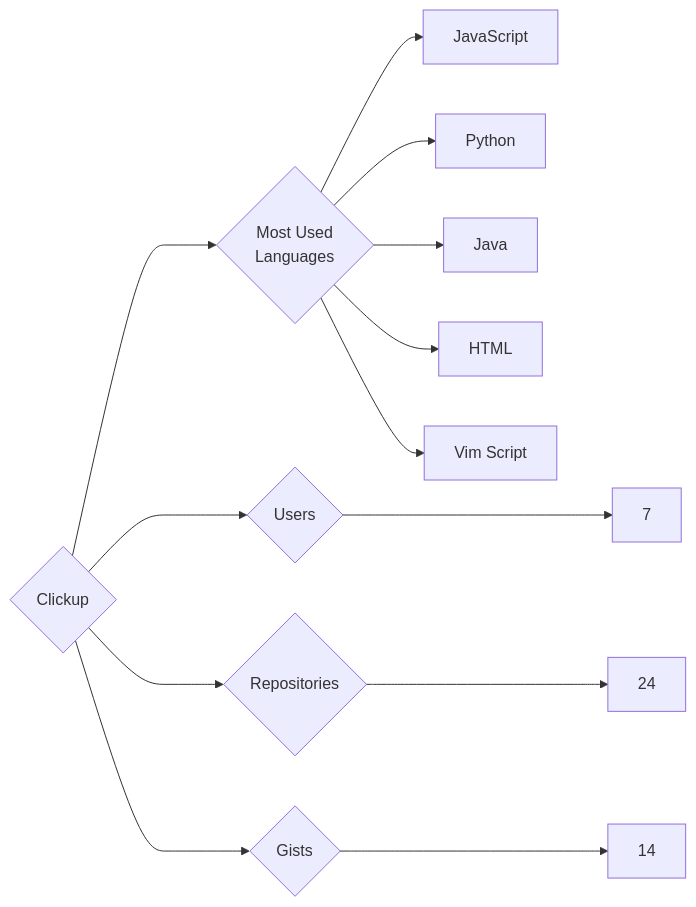
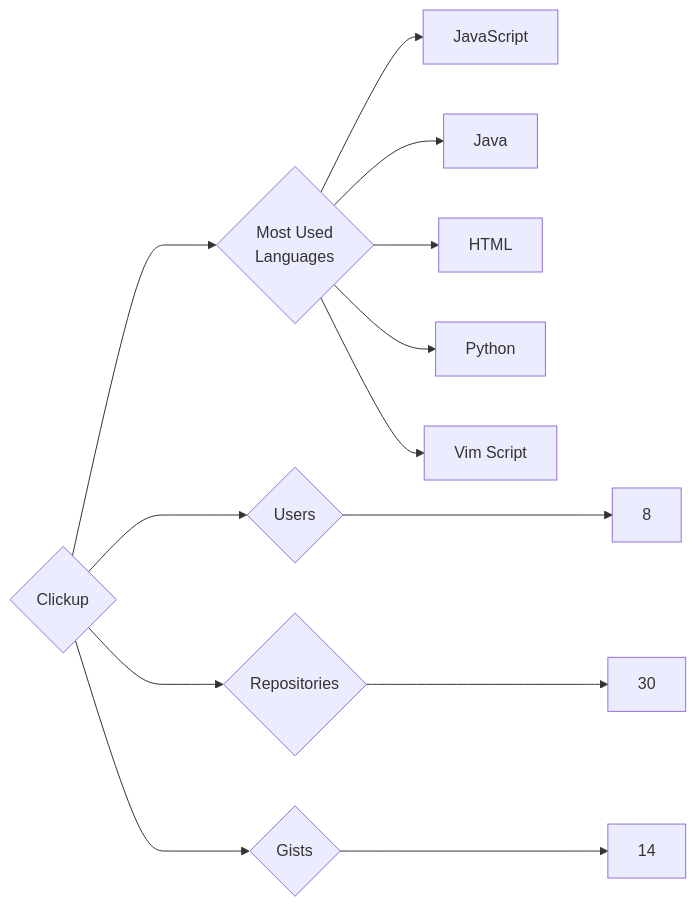
The diagram in targets/Clickup/README.md (trickest/insiders), drawn with Mermaid before and after one commit. The commit also changed 1030 other files, not shown here.

````diff
--- a/targets/Clickup/README.md
+++ b/targets/Clickup/README.md
@@ -3,13 +3,13 @@
 ```mermaid
 graph LR
 COMPANY_NAME{Clickup}
-COMPANY_NAME ---> U{Users} ---> UN[7]
-COMPANY_NAME ---> R{Repositories} ---> RN[24]
+COMPANY_NAME ---> U{Users} ---> UN[8]
+COMPANY_NAME ---> R{Repositories} ---> RN[30]
 COMPANY_NAME ---> G{Gists} ---> GN[14]
 COMPANY_NAME ---> ML{Most Used<br>Languages}
 ML --> JavaScript[JavaScript]
-ML --> Python[Python]
 ML --> Java[Java]
 ML --> HTML[HTML]
+ML --> Python[Python]
 ML --> Vim_Script[Vim Script]
 ```
````
